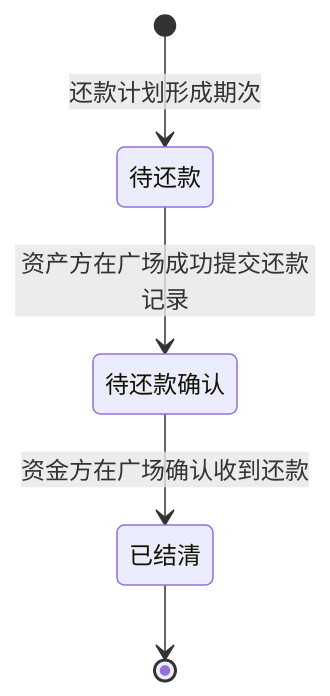
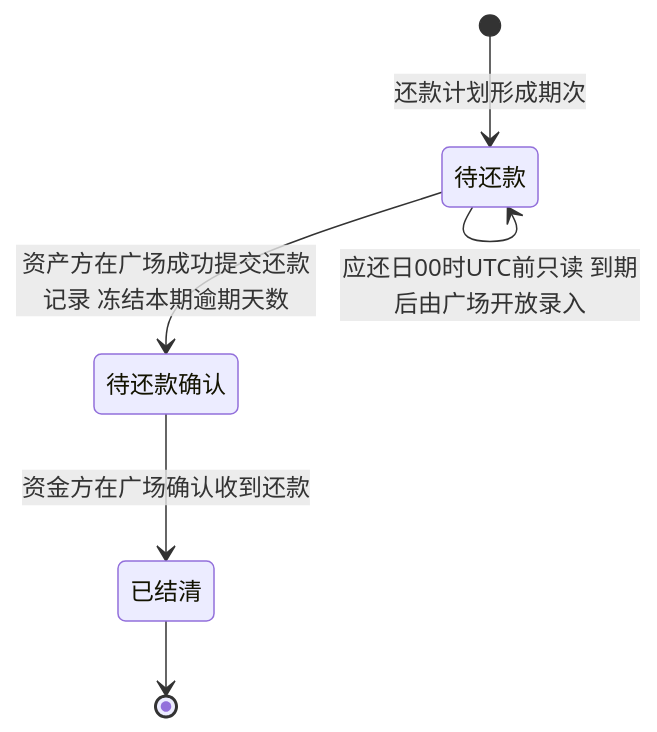
Before and after one commit to wxblockchain/Chain-Financing: the sixth of 11 diagrams in lending-platform/PRD/v1.0-我的控制台/v1.0-我的控制台-流程图与状态机.md, drawn with Mermaid. The commit also changed other lines of this file and 2 other files, not shown here.

````diff
--- a/lending-platform/PRD/v1.0-我的控制台/v1.0-我的控制台-流程图与状态机.md
+++ b/lending-platform/PRD/v1.0-我的控制台/v1.0-我的控制台-流程图与状态机.md
@@ -140,10 +147,11 @@
 ```mermaid
 stateDiagram-v2
   state "待还款" as Due
   state "待还款确认" as Confirming
   state "已结清" as Settled
   [*] --> Due: 还款计划形成期次
-  Due --> Confirming: 资产方在广场成功提交还款记录
+  Due --> Due: 应还日00时UTC前只读 到期后由广场开放录入
+  Due --> Confirming: 资产方在广场成功提交还款记录 冻结本期逾期天数
   Confirming --> Settled: 资金方在广场确认收到还款
   Settled --> [*]
 ```
````
